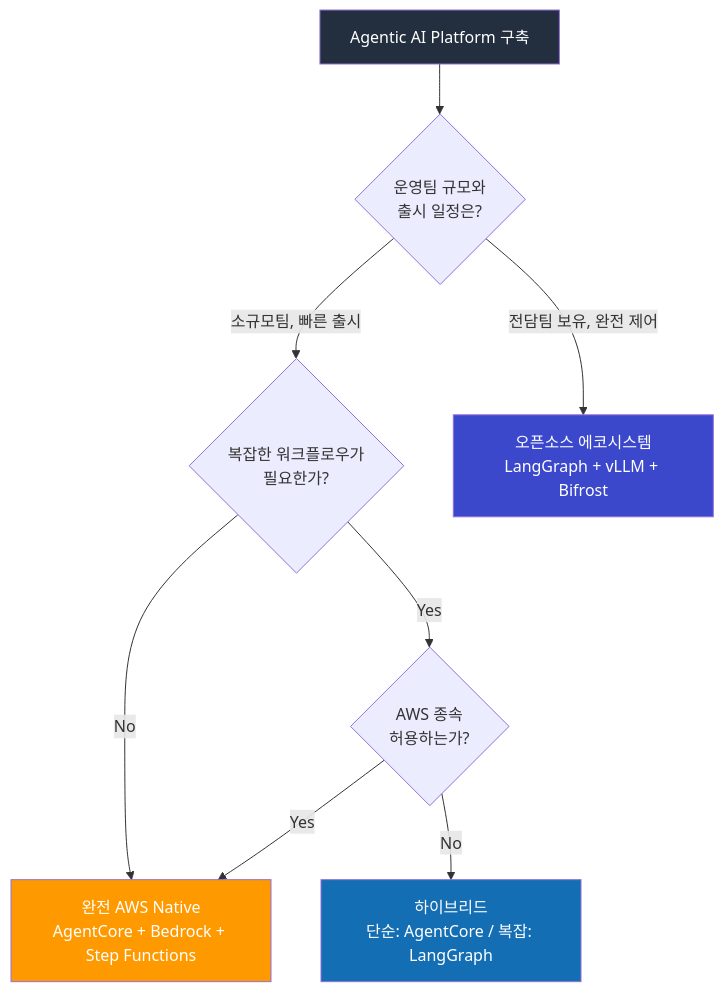
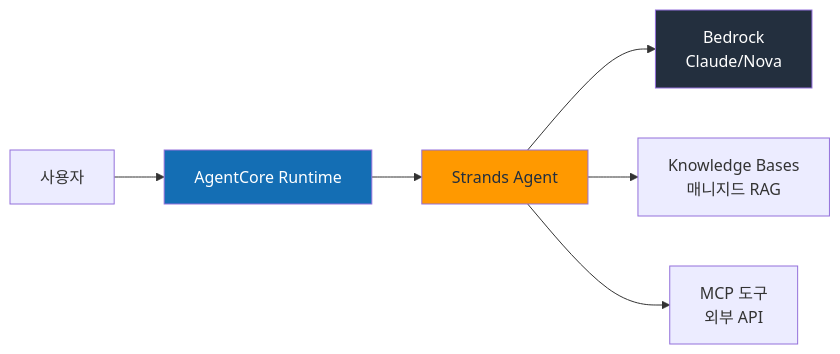
One commit to devfloor9/engineering-playbook changed the third of 4 diagrams in docs/agentic-ai-platform/design-architecture/aws-native-agentic-platform.md. Above: the diagram before and after it, drawn with Mermaid. The commit also changed other lines of this file and 101 other files, not shown here.

First line of the commit message:
refactor: remove sidebar numbers, rewrite AWS Native doc, cleanup unused files

````diff
--- a/docs/agentic-ai-platform/design-architecture/aws-native-agentic-platform.md
+++ b/docs/agentic-ai-platform/design-architecture/aws-native-agentic-platform.md
@@ -291,15 +306,12 @@
 ```mermaid
-flowchart TD
-    Start["Agentic AI Platform 구축"] --> Q1{"운영팀 규모와\n출시 일정은?"}
-    Q1 -->|"소규모팀, 빠른 출시"| Q2{"복잡한 워크플로우가\n필요한가?"}
-    Q1 -->|"전담팀 보유, 완전 제어"| OpenSource["오픈소스 에코시스템\nLangGraph + vLLM + Bifrost"]
-    Q2 -->|No| FullNative["완전 AWS Native\nAgentCore + Bedrock + Step Functions"]
-    Q2 -->|Yes| Q3{"AWS 종속\n허용하는가?"}
-    Q3 -->|Yes| FullNative
-    Q3 -->|No| Hybrid["하이브리드\n단순: AgentCore / 복잡: LangGraph"]
+graph LR
+    User["사용자"] --> Runtime["AgentCore Runtime"]
+    Runtime --> Agent["Strands Agent"]
+    Agent --> Bedrock["Bedrock<br/>Claude/Nova"]
+    Agent --> KB["Knowledge Bases<br/>매니지드 RAG"]
+    Agent --> Tools["MCP 도구<br/>외부 API"]
 
-    style Start fill:#232F3E,color:#fff
-    style FullNative fill:#FF9900,color:#fff
-    style OpenSource fill:#3B48CC,color:#fff
-    style Hybrid fill:#146EB4,color:#fff
+    style Runtime fill:#146EB4,color:#fff
+    style Agent fill:#FF9900,color:#232F3E
+    style Bedrock fill:#232F3E,color:#fff
 ```
````
